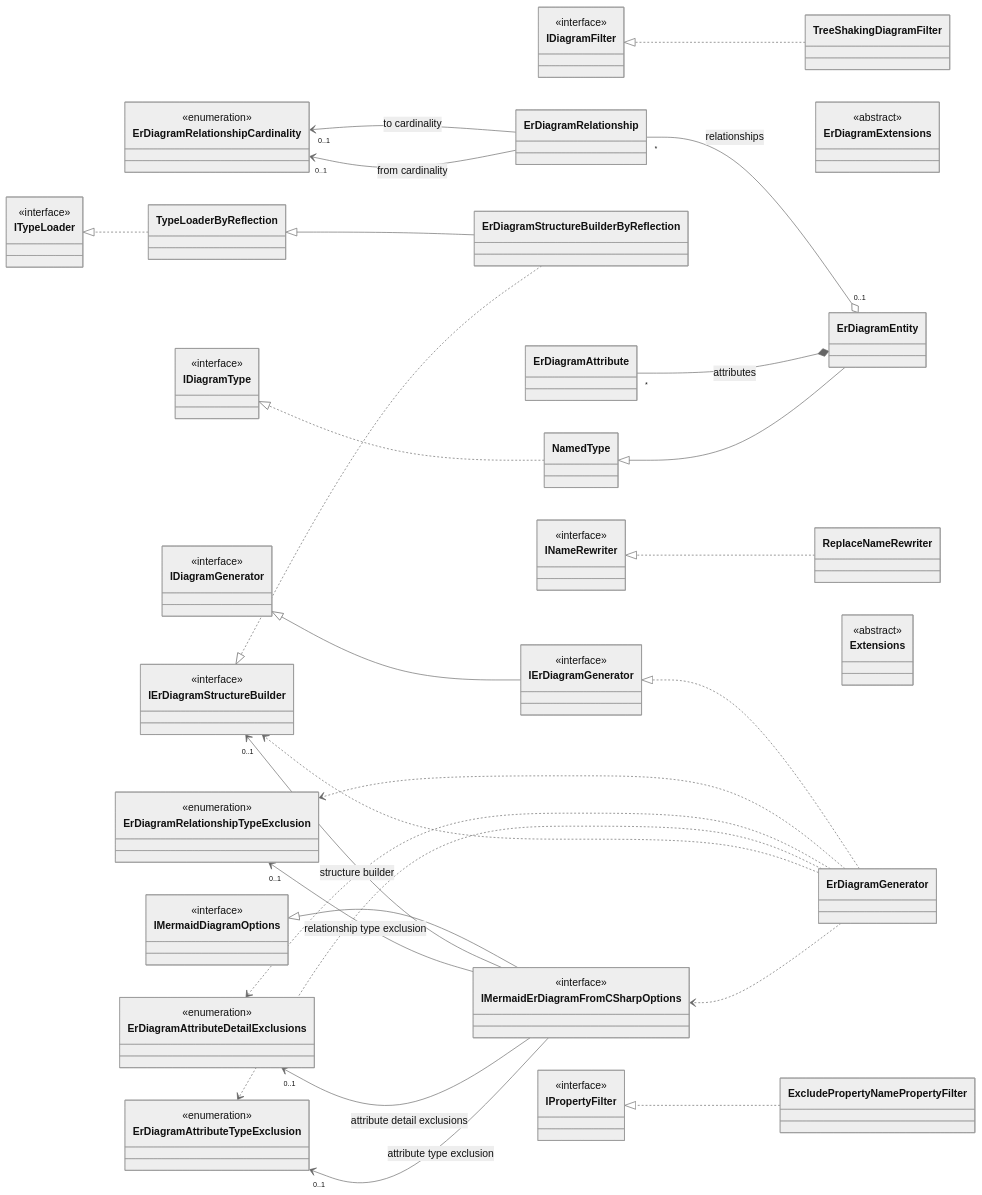
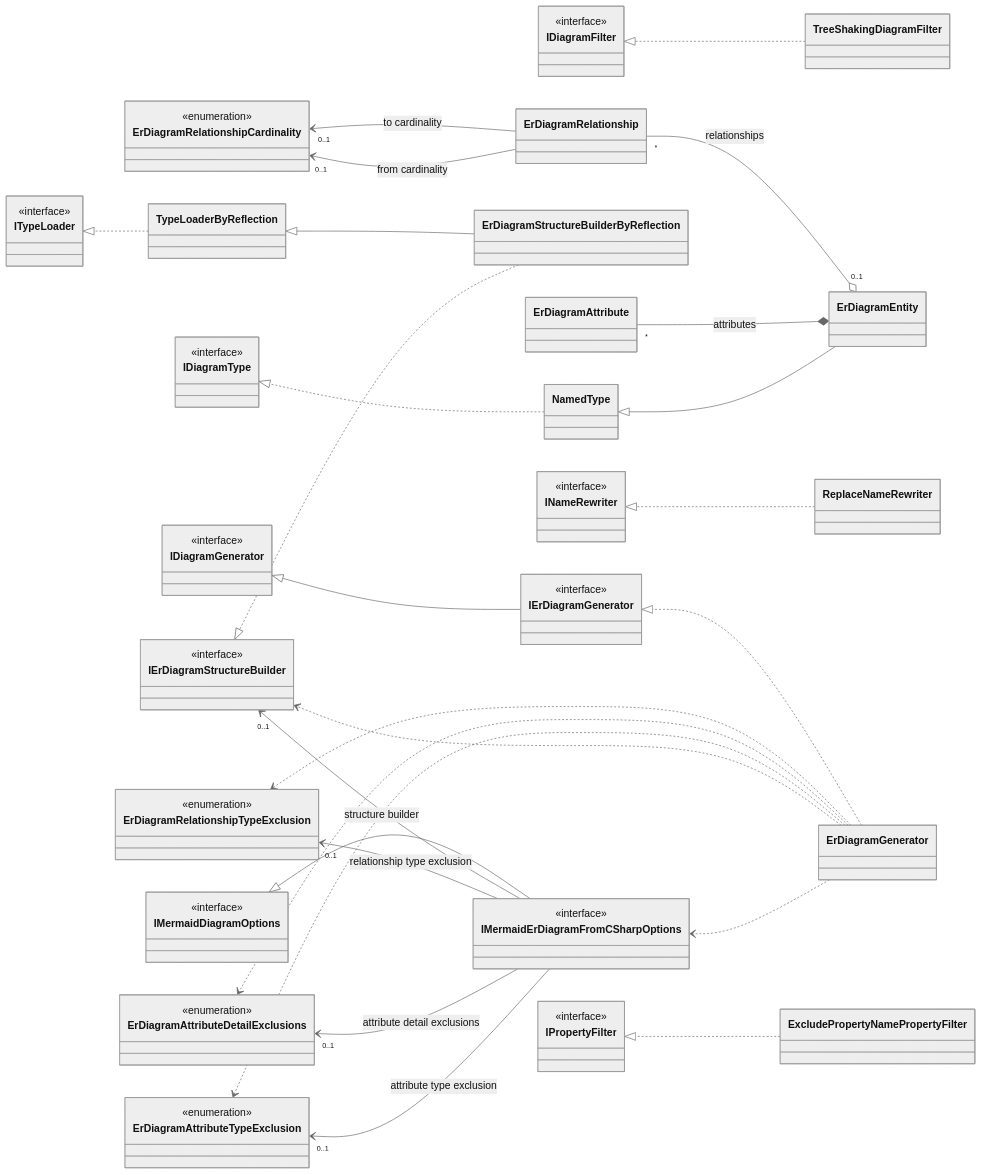
One commit to ebjornset/DryGen changed the fifth of 5 diagrams in docs/examples/filtering-mermaid-diagram-content.md. Above: the diagram before and after it, drawn with Mermaid (neutral theme). The commit also changed other lines of this file and 6 other files, not shown here.

```diff
--- a/docs/examples/filtering-mermaid-diagram-content.md
+++ b/docs/examples/filtering-mermaid-diagram-content.md
@@ -450,9 +435,6 @@
 		<<enumeration>>
 	}
 	class ErDiagramEntity {
-	}
-	class ErDiagramExtensions {
-		<<abstract>>
 	}
 	class ErDiagramGenerator {
 	}
@@ -467,9 +449,6 @@
 	class ErDiagramStructureBuilderByReflection {
 	}
 	class ExcludePropertyNamePropertyFilter {
-	}
-	class Extensions {
-		<<abstract>>
 	}
 	class IDiagramFilter {
 		<<interface>>
```
